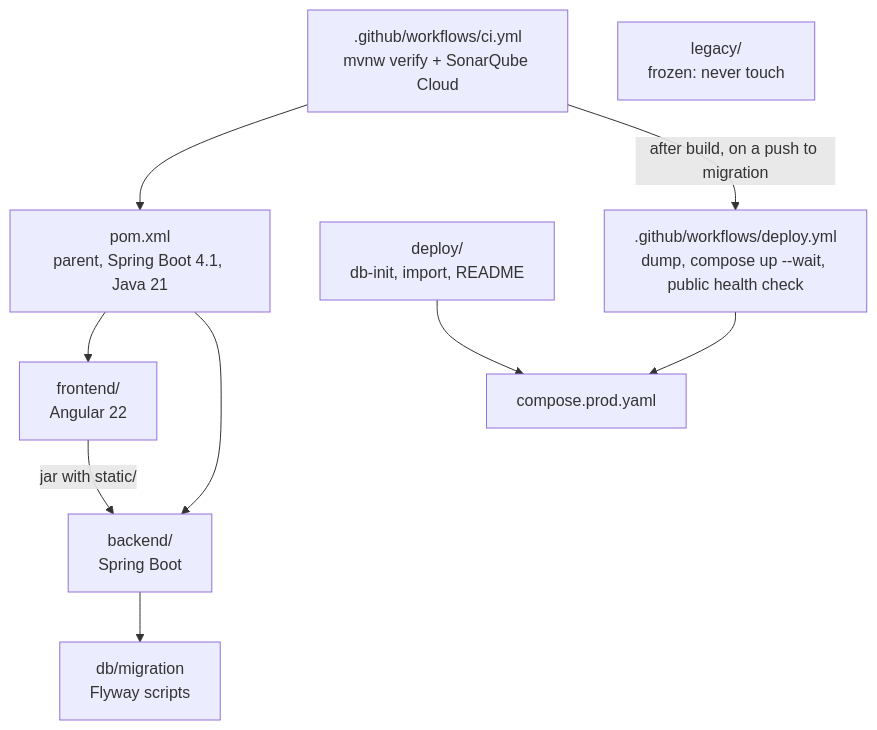
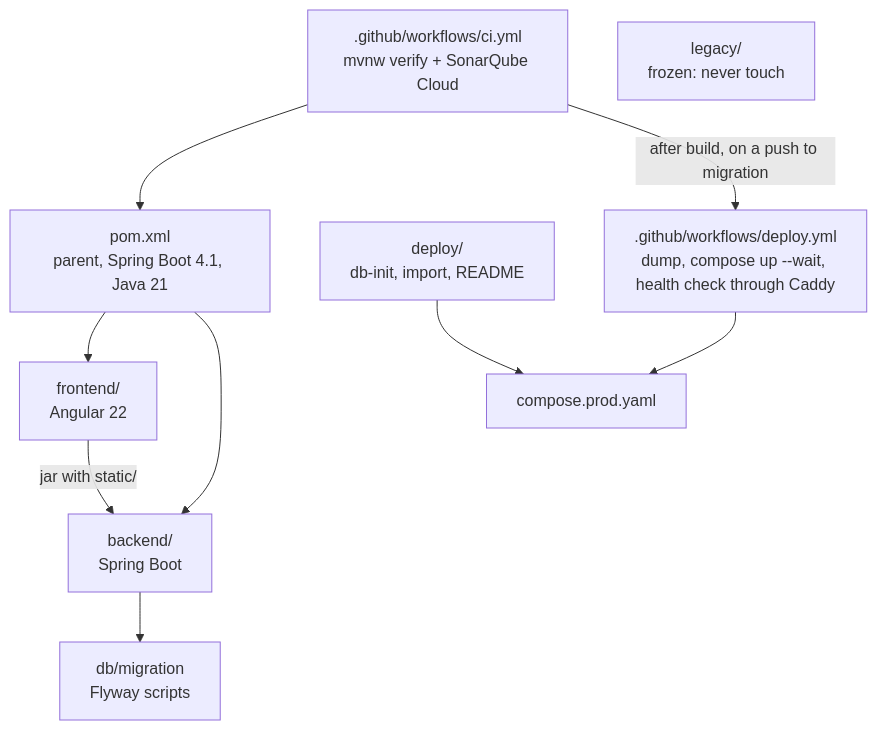
The second of 7 diagrams in docs/context-graph.md (irmahs-labs/tournament-leaderboard), drawn with Mermaid before and after one commit. The commit also changed other lines of this file and 2 other files, not shown here.

Commit message:
fix: check the deploy through Caddy on the server, not through Cloudflare
The first deploy after #32 went live and its dump passed, but the run failed
on the last step: Cloudflare answers 403 to GitHub's runners, so the public
check could never pass from there. The check now runs on the server, calling
https://tournament-leaderboard.irmahs.dev resolved to 127.0.0.1: through
Caddy, with its certificate, as visitors reach the app, without Cloudflare's
filter. curl runs in a container, so the server needs nothing installed.

````diff
--- a/docs/context-graph.md
+++ b/docs/context-graph.md
@@ -25,12 +25,12 @@
 ```mermaid
 flowchart TD
     root[pom.xml<br/>parent, Spring Boot 4.1, Java 21] --> fe[frontend/<br/>Angular 22]
     root --> be[backend/<br/>Spring Boot]
     fe -->|jar with static/| be
     be --> mig[db/migration<br/>Flyway scripts]
     deploy[deploy/<br/>db-init, import, README] --> prod[compose.prod.yaml]
     ci[.github/workflows/ci.yml<br/>mvnw verify + SonarQube Cloud] --> root
-    ci -->|"after build, on a push to migration"| dep[.github/workflows/deploy.yml<br/>dump, compose up --wait, public health check]
+    ci -->|"after build, on a push to migration"| dep[.github/workflows/deploy.yml<br/>dump, compose up --wait, health check through Caddy]
     dep --> prod
     legacy[legacy/<br/>frozen: never touch]
 ```
````
